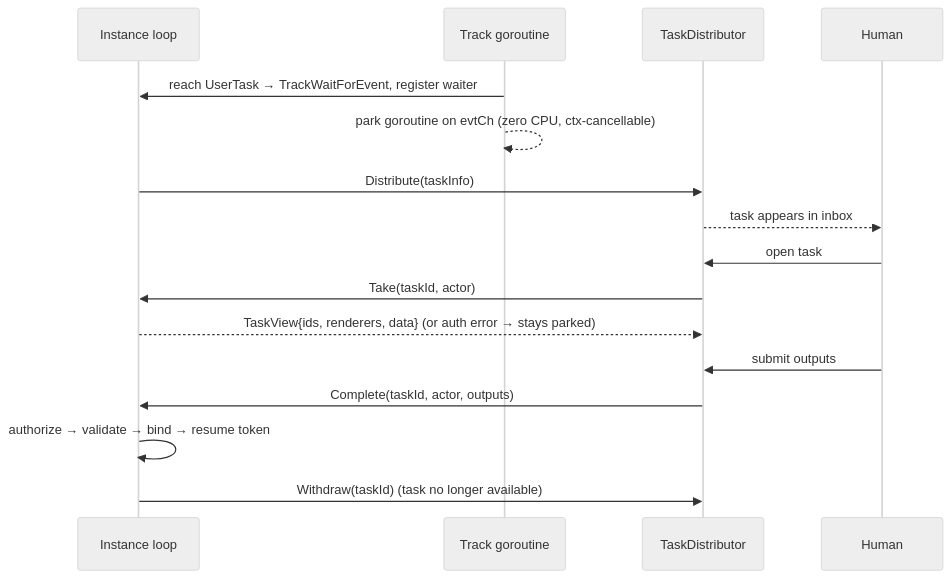
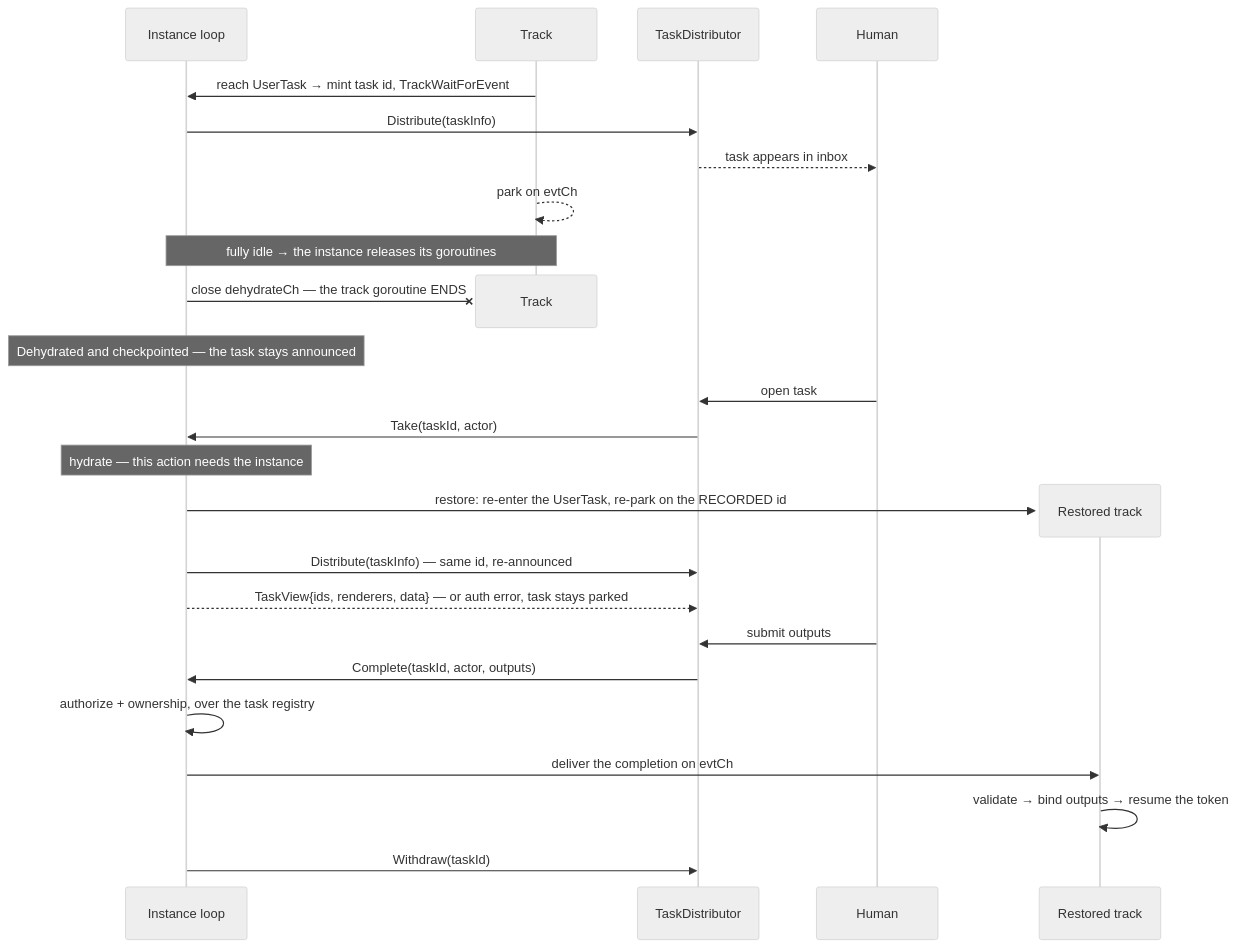
One commit to dr-dobermann/gobpm changed the diagram in docs/design/ADR-020-human-interaction-execution-model.md. Above: the diagram before and after it, drawn with Mermaid (neutral theme). The commit also changed other lines of this file and 1 other file, not shown here.

````diff
--- a/docs/design/ADR-020-human-interaction-execution-model.md
+++ b/docs/design/ADR-020-human-interaction-execution-model.md
@@ -240,19 +240,29 @@
 ```mermaid
 sequenceDiagram
     participant IL as Instance loop
-    participant Track as Track goroutine
+    participant T1 as Track
     participant TD as TaskDistributor
     participant Human
 
-    Track->>IL: reach UserTask → TrackWaitForEvent, register waiter
-    Track-->>Track: park goroutine on evtCh (zero CPU, ctx-cancellable)
+    T1->>IL: reach UserTask → mint task id, TrackWaitForEvent
     IL->>TD: Distribute(taskInfo)
     TD-->>Human: task appears in inbox
+    T1-->>T1: park on evtCh
+    Note over IL,T1: fully idle → the instance releases its goroutines
+    destroy T1
+    IL-xT1: close dehydrateCh — the track goroutine ENDS
+    Note over IL: Dehydrated and checkpointed — the task stays announced
     Human->>TD: open task
     TD->>IL: Take(taskId, actor)
-    IL-->>TD: TaskView{ids, renderers, data}  (or auth error → stays parked)
+    Note over IL: hydrate — this action needs the instance
+    create participant T2 as Restored track
+    IL->>T2: restore: re-enter the UserTask, re-park on the RECORDED id
+    IL->>TD: Distribute(taskInfo) — same id, re-announced
+    IL-->>TD: TaskView{ids, renderers, data} — or auth error, task stays parked
     Human->>TD: submit outputs
     TD->>IL: Complete(taskId, actor, outputs)
-    IL->>IL: authorize → validate → bind → resume token
-    IL->>TD: Withdraw(taskId)  (task no longer available)
+    IL->>IL: authorize + ownership, over the task registry
+    IL->>T2: deliver the completion on evtCh
+    T2->>T2: validate → bind outputs → resume the token
+    IL->>TD: Withdraw(taskId)
 ```
````
